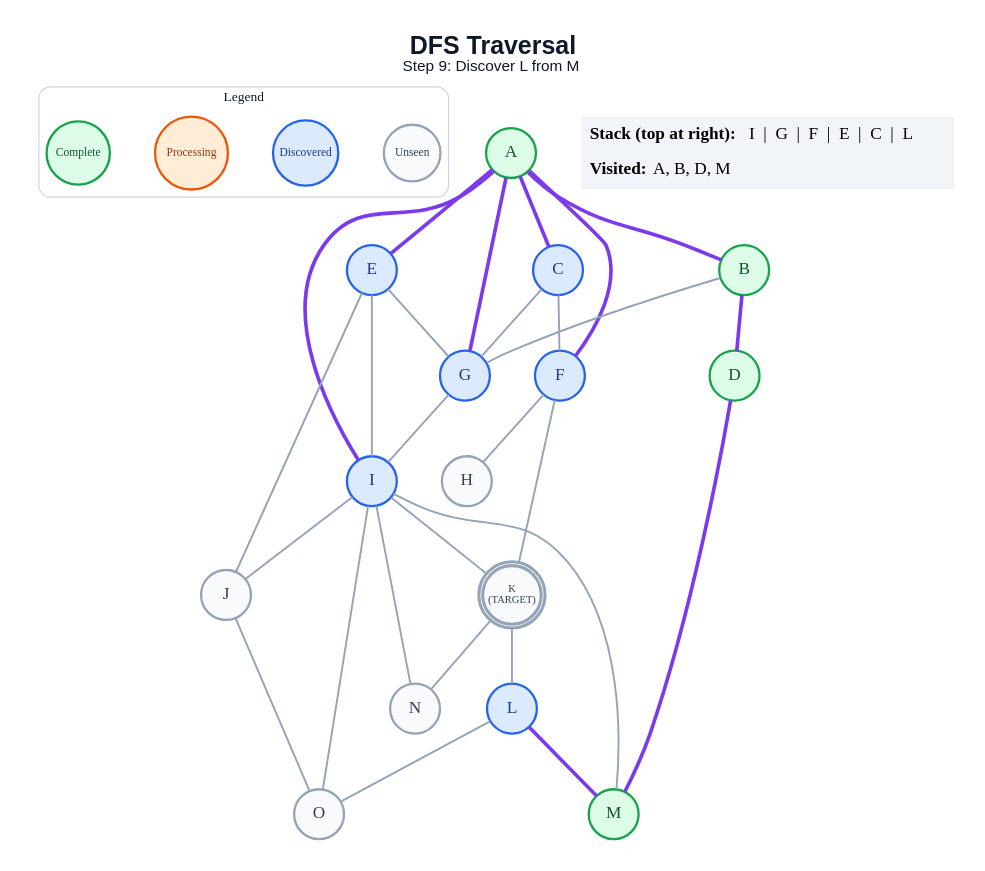
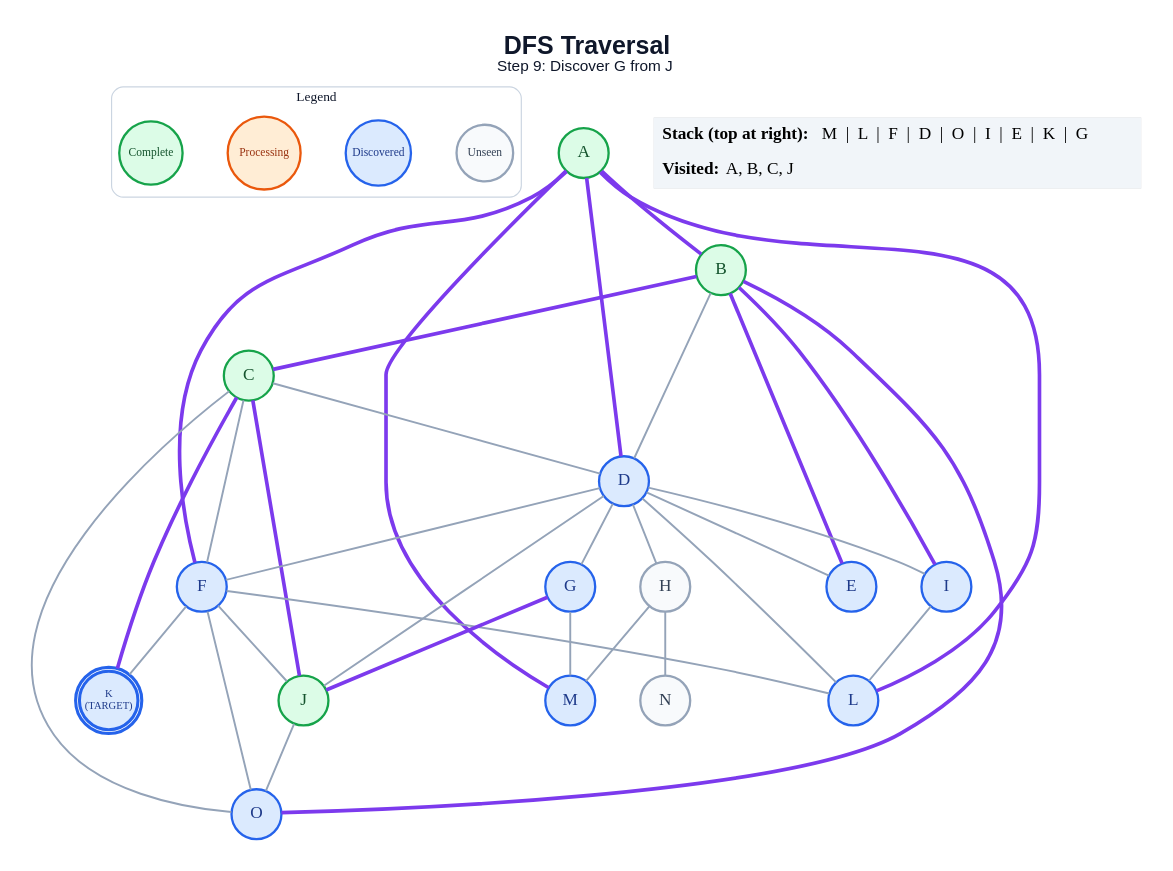
Before and after one commit to anon7238593-create/ai-slop: the diagram in generated/specific-node/dfs/step_09.dot, drawn with Graphviz. The commit also changed 240 other files, not shown here.

```diff
--- a/generated/specific-node/dfs/step_09.dot
+++ b/generated/specific-node/dfs/step_09.dot
@@ -1,61 +1,66 @@
 graph traversal {
   graph [layout=dot, rankdir=TB, bgcolor="#FFFFFF", pad="0.35", nodesep="0.65", ranksep="0.8", fontname="Arial"];
   node [shape=circle, style="filled", fontname="Arial Bold", fontsize=18, width=0.72, fixedsize=true, penwidth=2.4];
   edge [color="#94A3B8", penwidth=2.0];
-  label=<<B>DFS Traversal</B><BR/><FONT POINT-SIZE="16">Step 9: Discover L from M</FONT>>; labelloc="t"; fontsize=26; fontname="Arial"; fontcolor="#0F172A";
+  label=<<B>DFS Traversal</B><BR/><FONT POINT-SIZE="16">Step 9: Discover G from J</FONT>>; labelloc="t"; fontsize=26; fontname="Arial"; fontcolor="#0F172A";
   subgraph cluster_legend { label="Legend"; color="#CBD5E1"; penwidth=1.2; style="rounded"; fontsize=14; fontname="Arial Bold";
     key_unseen [label="Unseen", fillcolor="#F8FAFC", color="#94A3B8", fontcolor="#334155", fontsize=12, width=0.82];
     key_frontier [label="Discovered", fillcolor="#DBEAFE", color="#2563EB", fontcolor="#1E3A8A", fontsize=12, width=0.95];
     key_current [label="Processing", fillcolor="#FFEDD5", color="#EA580C", fontcolor="#9A3412", fontsize=12, width=1.05];
     key_done [label="Complete", fillcolor="#DCFCE7", color="#16A34A", fontcolor="#14532D", fontsize=12, width=0.92];
     { rank=same; key_unseen; key_frontier; key_current; key_done; }
   }
   A [label="A", fillcolor="#DCFCE7", color="#16A34A", fontcolor="#14532D", peripheries=1, penwidth=2.4];
   B [label="B", fillcolor="#DCFCE7", color="#16A34A", fontcolor="#14532D", peripheries=1, penwidth=2.4];
-  C [label="C", fillcolor="#DBEAFE", color="#2563EB", fontcolor="#1E3A8A", peripheries=1, penwidth=2.4];
-  D [label="D", fillcolor="#DCFCE7", color="#16A34A", fontcolor="#14532D", peripheries=1, penwidth=2.4];
+  C [label="C", fillcolor="#DCFCE7", color="#16A34A", fontcolor="#14532D", peripheries=1, penwidth=2.4];
+  D [label="D", fillcolor="#DBEAFE", color="#2563EB", fontcolor="#1E3A8A", peripheries=1, penwidth=2.4];
   E [label="E", fillcolor="#DBEAFE", color="#2563EB", fontcolor="#1E3A8A", peripheries=1, penwidth=2.4];
   F [label="F", fillcolor="#DBEAFE", color="#2563EB", fontcolor="#1E3A8A", peripheries=1, penwidth=2.4];
   G [label="G", fillcolor="#DBEAFE", color="#2563EB", fontcolor="#1E3A8A", peripheries=1, penwidth=2.4];
   H [label="H", fillcolor="#F8FAFC", color="#94A3B8", fontcolor="#334155", peripheries=1, penwidth=2.4];
   I [label="I", fillcolor="#DBEAFE", color="#2563EB", fontcolor="#1E3A8A", peripheries=1, penwidth=2.4];
-  J [label="J", fillcolor="#F8FAFC", color="#94A3B8", fontcolor="#334155", peripheries=1, penwidth=2.4];
-  K [label="K\n(TARGET)", fillcolor="#F8FAFC", color="#94A3B8", fontcolor="#334155", peripheries=2, penwidth=3.2, fontsize=11, width=0.85, height=0.85];
+  J [label="J", fillcolor="#DCFCE7", color="#16A34A", fontcolor="#14532D", peripheries=1, penwidth=2.4];
+  K [label="K\n(TARGET)", fillcolor="#DBEAFE", color="#2563EB", fontcolor="#1E3A8A", peripheries=2, penwidth=3.2, fontsize=11, width=0.85, height=0.85];
   L [label="L", fillcolor="#DBEAFE", color="#2563EB", fontcolor="#1E3A8A", peripheries=1, penwidth=2.4];
-  M [label="M", fillcolor="#DCFCE7", color="#16A34A", fontcolor="#14532D", peripheries=1, penwidth=2.4];
+  M [label="M", fillcolor="#DBEAFE", color="#2563EB", fontcolor="#1E3A8A", peripheries=1, penwidth=2.4];
   N [label="N", fillcolor="#F8FAFC", color="#94A3B8", fontcolor="#334155", peripheries=1, penwidth=2.4];
-  O [label="O", fillcolor="#F8FAFC", color="#94A3B8", fontcolor="#334155", peripheries=1, penwidth=2.4];
+  O [label="O", fillcolor="#DBEAFE", color="#2563EB", fontcolor="#1E3A8A", peripheries=1, penwidth=2.4];
   A -- B [color="#7C3AED", penwidth=3.8];
-  A -- C [color="#7C3AED", penwidth=3.8];
-  A -- E [color="#7C3AED", penwidth=3.8];
+  A -- D [color="#7C3AED", penwidth=3.8];
   A -- F [color="#7C3AED", penwidth=3.8];
-  A -- G [color="#7C3AED", penwidth=3.8];
-  A -- I [color="#7C3AED", penwidth=3.8];
-  B -- D [color="#7C3AED", penwidth=3.8];
-  B -- G;
+  A -- L [color="#7C3AED", penwidth=3.8];
+  A -- M [color="#7C3AED", penwidth=3.8];
+  B -- C [color="#7C3AED", penwidth=3.8];
+  B -- D;
+  B -- E [color="#7C3AED", penwidth=3.8];
+  B -- I [color="#7C3AED", penwidth=3.8];
+  B -- O [color="#7C3AED", penwidth=3.8];
+  C -- D;
   C -- F;
-  C -- G;
-  D -- M [color="#7C3AED", penwidth=3.8];
-  E -- G;
-  E -- I;
-  E -- J;
-  F -- H;
+  C -- J [color="#7C3AED", penwidth=3.8];
+  C -- K [color="#7C3AED", penwidth=3.8];
+  C -- O;
+  D -- E;
+  D -- F;
+  D -- G;
+  D -- H;
+  D -- I;
+  D -- J;
+  D -- L;
+  F -- J;
   F -- K;
-  G -- I;
-  I -- J;
-  I -- K;
-  I -- M;
-  I -- N;
-  I -- O;
+  F -- L;
+  F -- O;
+  G -- J [color="#7C3AED", penwidth=3.8];
+  G -- M;
+  H -- M;
+  H -- N;
+  I -- L;
   J -- O;
-  K -- L;
-  K -- N;
-  L -- M [color="#7C3AED", penwidth=3.8];
-  L -- O;
   status [shape=plain, fixedsize=false, width=0, height=0, margin=0, label=<
     <TABLE BORDER="0" CELLBORDER="0" CELLPADDING="7" BGCOLOR="#F1F5F9">
-      <TR><TD ALIGN="LEFT"><B>Stack (top at right):</B> I  |  G  |  F  |  E  |  C  |  L</TD></TR>
-      <TR><TD ALIGN="LEFT"><B>Visited:</B> A, B, D, M</TD></TR>
+      <TR><TD ALIGN="LEFT"><B>Stack (top at right):</B> M  |  L  |  F  |  D  |  O  |  I  |  E  |  K  |  G</TD></TR>
+      <TR><TD ALIGN="LEFT"><B>Visited:</B> A, B, C, J</TD></TR>
     </TABLE>
   >];
 }
```
